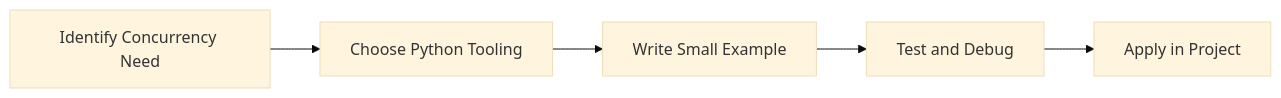
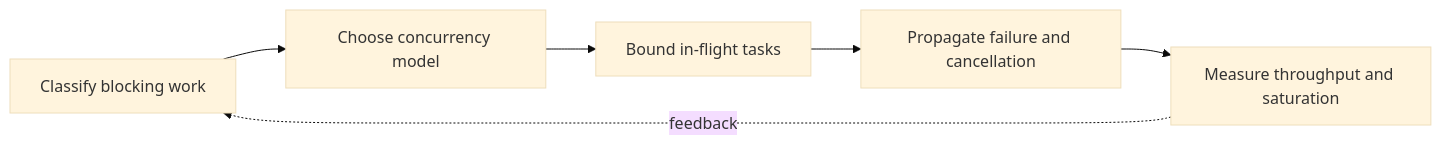
One commit to SYMOIZ/E-Learning-Portal changed the diagram in Python-Mastery/Advanced/10-concurrency.md. Above: the diagram before and after it, drawn with Mermaid (base theme). The commit also changed other lines of this file and 116 other files, not shown here.

````diff
--- a/Python-Mastery/Advanced/10-concurrency.md
+++ b/Python-Mastery/Advanced/10-concurrency.md
@@ -159,7 +183,8 @@
 ```mermaid
 flowchart LR
-    A[Identify Concurrency Need] --> B[Choose Python Tooling]
-    B --> C[Write Small Example]
-    C --> D[Test and Debug]
-    D --> E[Apply in Project]
+    A[Classify blocking work] --> B[Choose concurrency model]
+    B --> C[Bound in-flight tasks]
+    C --> D[Propagate failure and cancellation]
+    D --> E[Measure throughput and saturation]
+    E -. feedback .-> A
 ```
````
